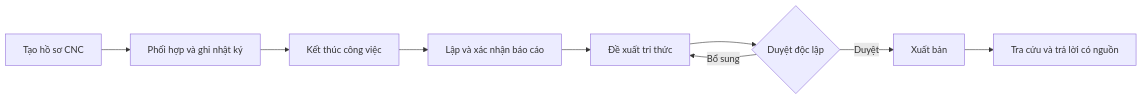
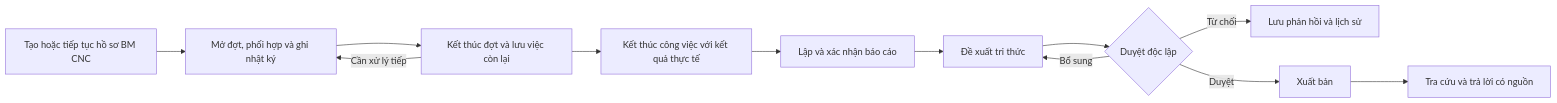
Before and after one commit to nguyenhoangduong17122005-glitch/DENSO-SmartMaintAI: the second of 3 diagrams in README.md, drawn with Mermaid. The commit also changed other lines of this file and 1 other file, not shown here.

Commit message:
Document live hackathon demo, architecture, screenshots and Docker quickstart [skip ci]

````diff
--- a/README.md
+++ b/README.md
@@ -40,11 +72,14 @@
 ```mermaid
 flowchart LR
-    A[Tạo hồ sơ CNC] --> B[Phối hợp và ghi nhật ký]
-    B --> C[Kết thúc công việc]
+    A[Tạo hoặc tiếp tục hồ sơ BM CNC] --> B[Mở đợt, phối hợp và ghi nhật ký]
+    B --> ROUND[Kết thúc đợt và lưu việc còn lại]
+    ROUND -->|Cần xử lý tiếp| B
+    ROUND --> C[Kết thúc công việc với kết quả thực tế]
     C --> D[Lập và xác nhận báo cáo]
     D --> E[Đề xuất tri thức]
     E --> F{Duyệt độc lập}
     F -->|Bổ sung| E
+    F -->|Từ chối| X[Lưu phản hồi và lịch sử]
     F -->|Duyệt| G[Xuất bản]
     G --> H[Tra cứu và trả lời có nguồn]
 ```
````
